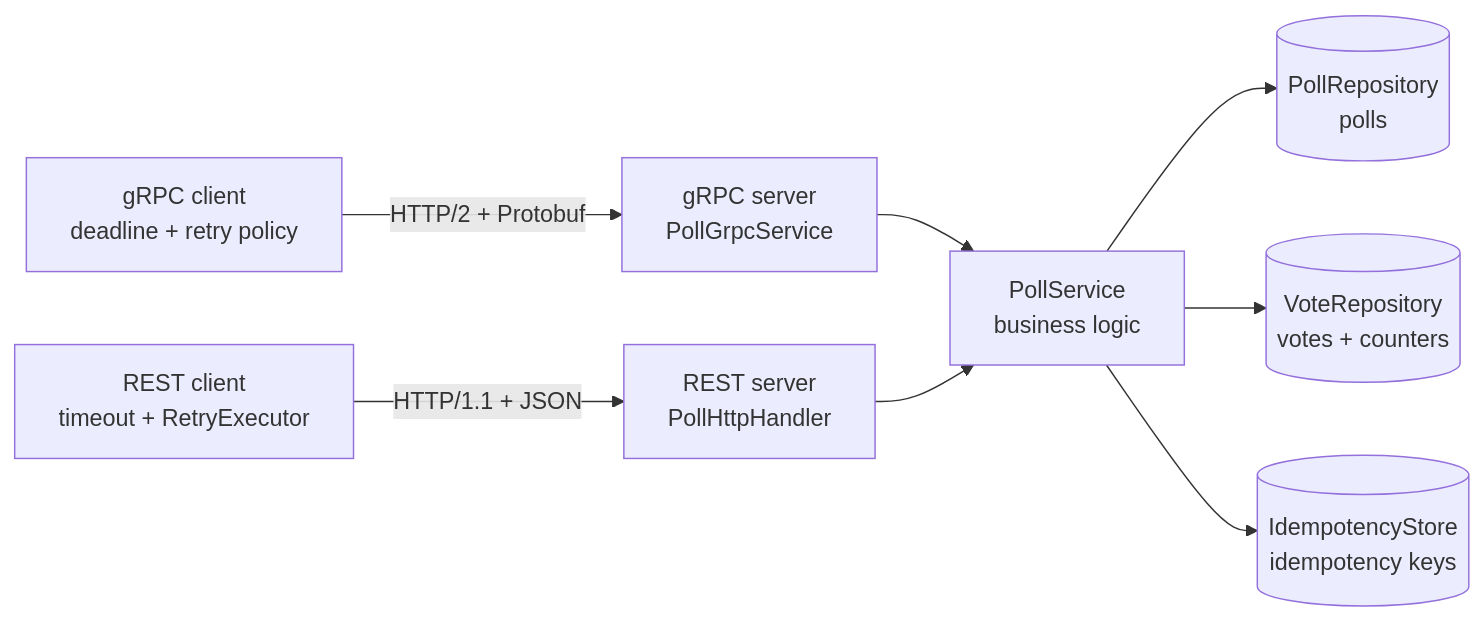
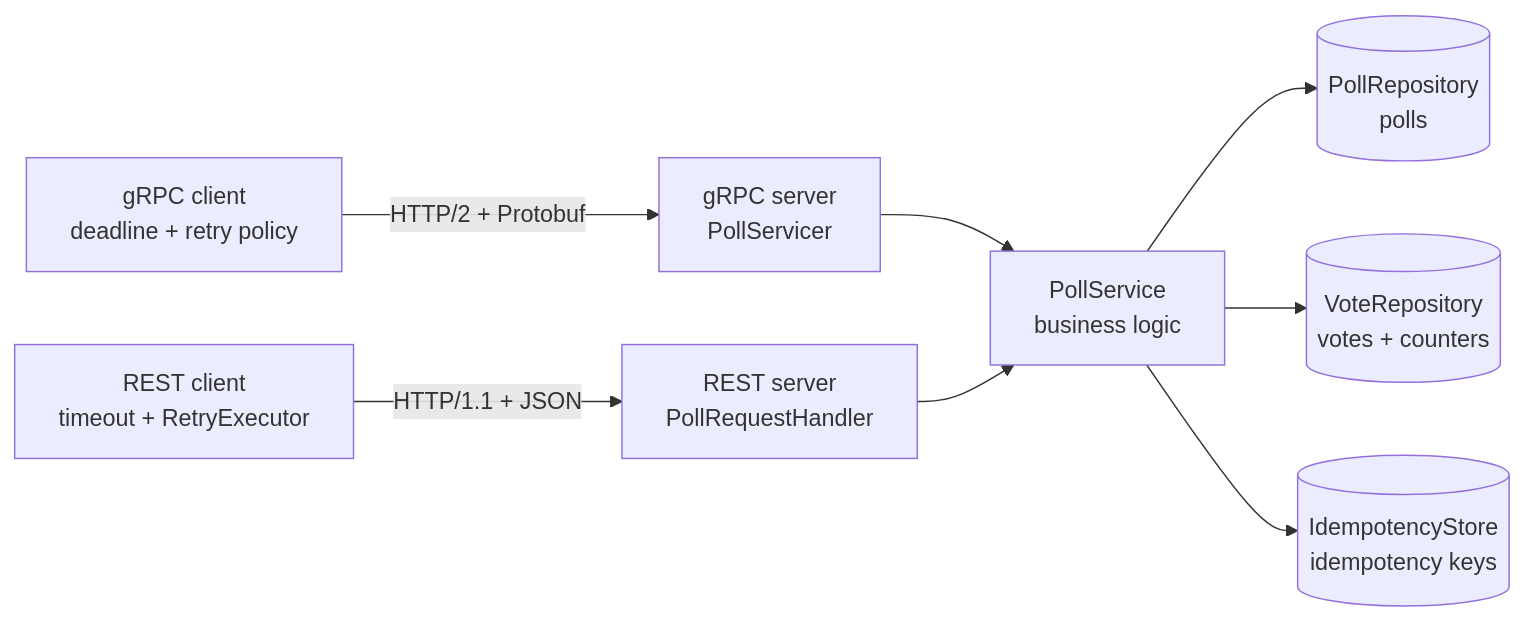
The first of 3 diagrams in polls-project/README.md (trnvmslm/highload), drawn with Mermaid before and after one commit. The commit also changed other lines of this file and 83 other files, not shown here.

````diff
--- a/polls-project/README.md
+++ b/polls-project/README.md
@@ -22,10 +24,10 @@
 ```mermaid
 flowchart LR
-    GC[gRPC client<br/>deadline + retry policy] -->|HTTP/2 + Protobuf| GS[gRPC server<br/>PollGrpcService]
-    RC[REST client<br/>timeout + RetryExecutor] -->|HTTP/1.1 + JSON| RS[REST server<br/>PollHttpHandler]
+    GC[gRPC client<br/>deadline + retry policy] -->|HTTP/2 + Protobuf| GS[gRPC server<br/>PollServicer]
+    RC[REST client<br/>timeout + RetryExecutor] -->|HTTP/1.1 + JSON| RS[REST server<br/>PollRequestHandler]
     GS --> PS[PollService<br/>business logic]
     RS --> PS
     PS --> PR[(PollRepository<br/>polls)]
     PS --> VR[(VoteRepository<br/>votes + counters)]
     PS --> IS[(IdempotencyStore<br/>idempotency keys)]
 ```
````
